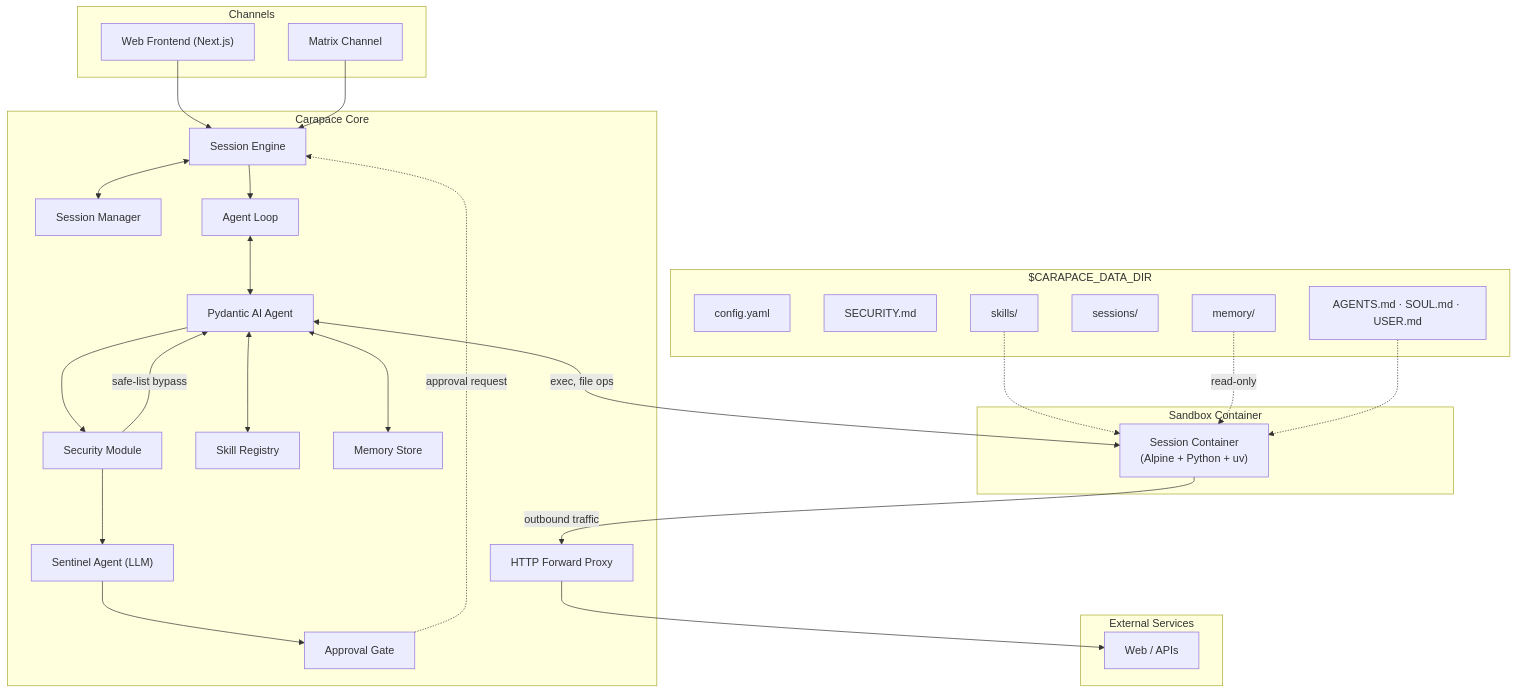
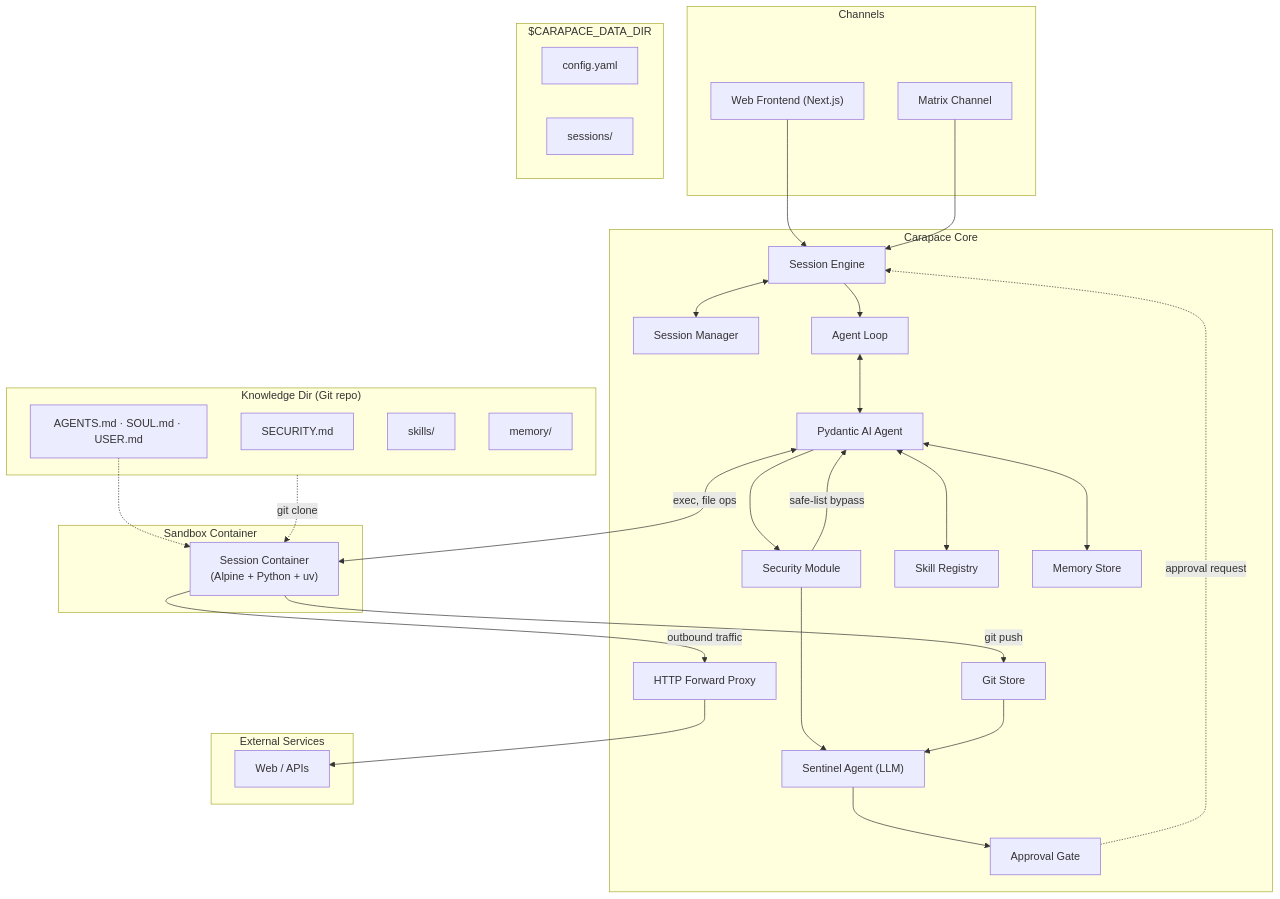
The first of 2 diagrams in docs/architecture.md (thiesgerken/carapace), drawn with Mermaid before and after one commit. The commit also changed other lines of this file and 1 other file, not shown here.

Commit message:
📝 docs: align architecture.md and memory.md with git-backed knowledge store

````diff
--- a/docs/architecture.md
+++ b/docs/architecture.md
@@ -7,57 +7,62 @@
 ```mermaid
 flowchart TB
     subgraph channels [Channels]
         WebUI["Web Frontend (Next.js)"]
         MatrixCh[Matrix Channel]
     end
 
     subgraph carapace [Carapace Core]
         SessionEngine[Session Engine]
         SessionMgr[Session Manager]
         SecurityMod["Security Module"]
         Sentinel["Sentinel Agent (LLM)"]
         ApprovalGate[Approval Gate]
         AgentLoop[Agent Loop]
         Agent["Pydantic AI Agent"]
         SkillRegistry[Skill Registry]
         MemoryStore[Memory Store]
+        GitStore[Git Store]
         Proxy[HTTP Forward Proxy]
     end
 
     subgraph sandbox [Sandbox Container]
         Container["Session Container<br/>(Alpine + Python + uv)"]
     end
 
     subgraph external [External Services]
         Web[Web / APIs]
     end
 
     subgraph datadir ["$CARAPACE_DATA_DIR"]
         Config[config.yaml]
+        Sessions[sessions/]
+    end
+
+    subgraph knowledgedir ["Knowledge Dir (Git repo)"]
         SecurityPolicy[SECURITY.md]
         WorkspaceFiles["AGENTS.md · SOUL.md · USER.md"]
-        Sessions[sessions/]
         Skills[skills/]
         Memory[memory/]
     end
 
     WebUI & MatrixCh --> SessionEngine
     SessionEngine <--> SessionMgr
     SessionEngine --> AgentLoop
     AgentLoop <--> Agent
     Agent <--> SkillRegistry
     Agent <--> MemoryStore
     Agent --> SecurityMod
     SecurityMod -->|safe-list bypass| Agent
     SecurityMod --> Sentinel
     Sentinel --> ApprovalGate
     ApprovalGate -.->|approval request| SessionEngine
 
     Agent <-->|exec, file ops| Container
     Container -->|outbound traffic| Proxy
     Proxy --> Web
+    Container -->|git push| GitStore
+    GitStore --> Sentinel
 
-    Skills -.-> Container
-    Memory -.->|read-only| Container
+    knowledgedir -.->|git clone| Container
     WorkspaceFiles -.-> Container
 ```
````
